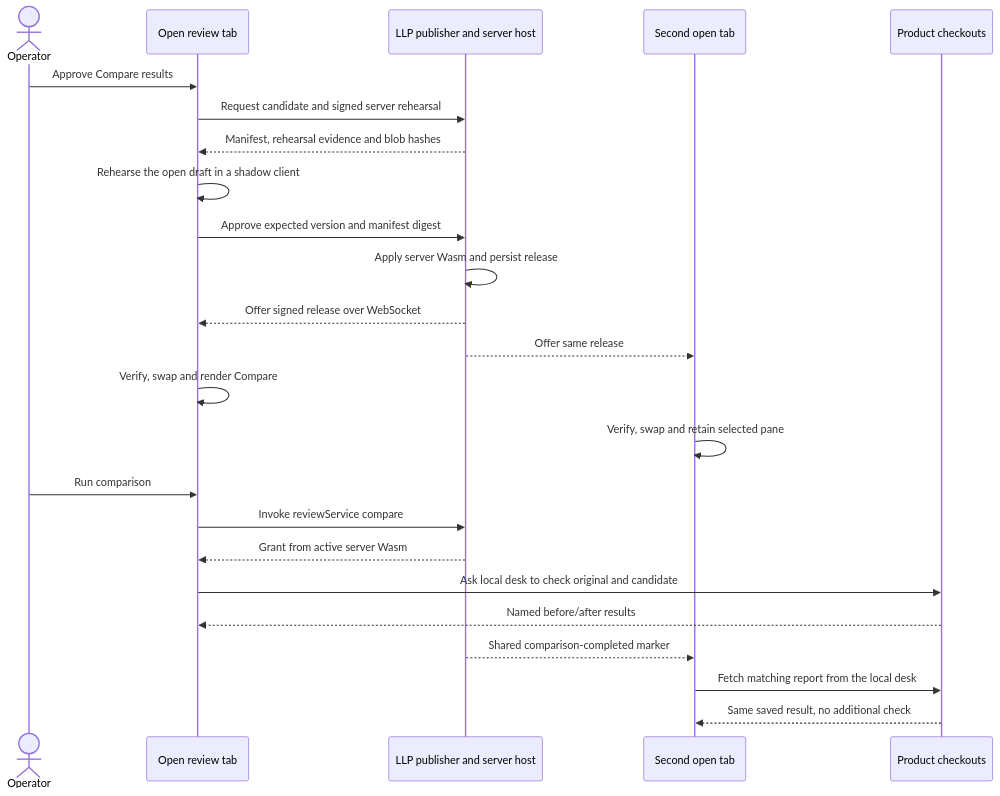
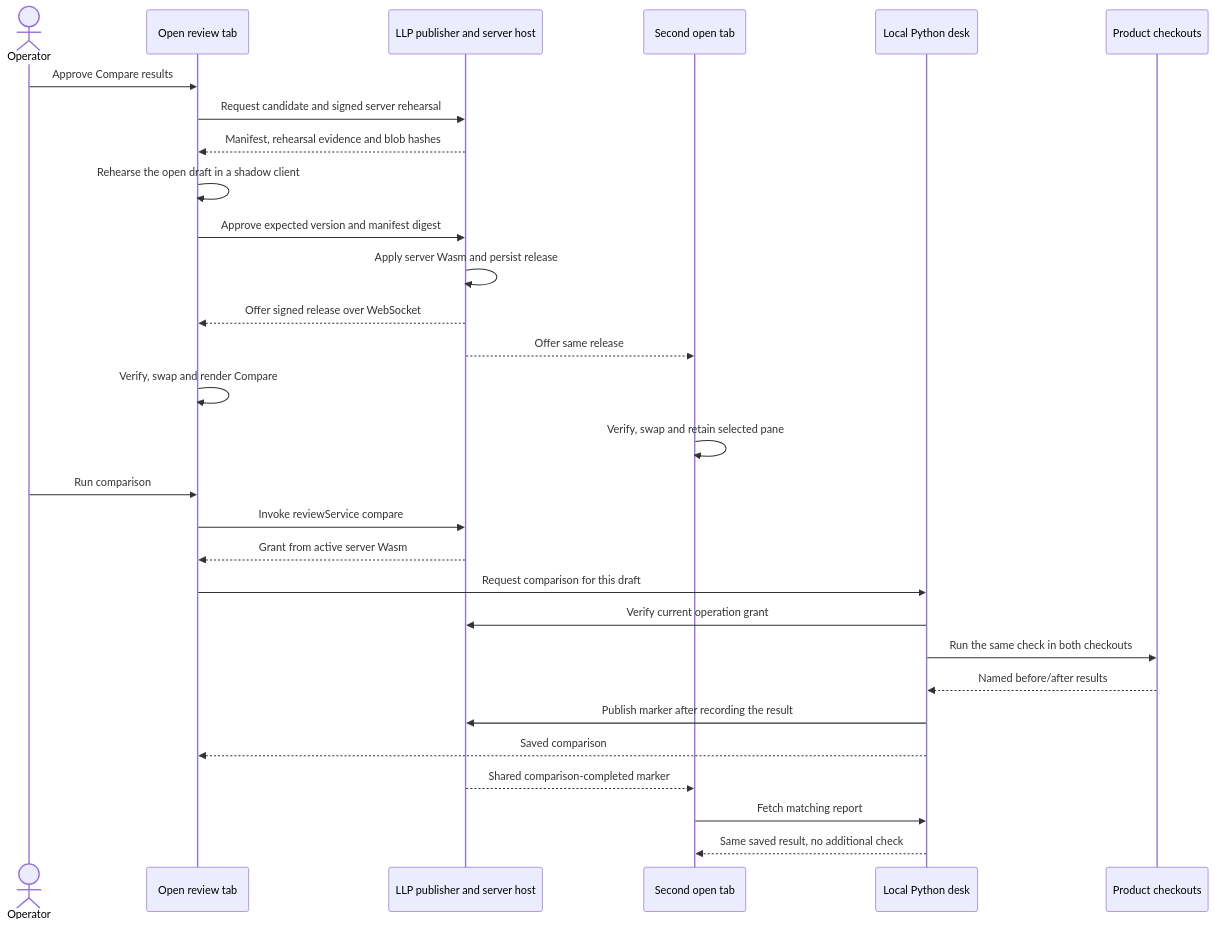
Before and after one commit to marioG1025/morph-factory: the diagram in docs/llp-integration.md, drawn with Mermaid.

Commit message:
docs: trace the comparison and shared notification through the local desk

````diff
--- a/docs/llp-integration.md
+++ b/docs/llp-integration.md
@@ -7,26 +7,31 @@
 ```mermaid
 sequenceDiagram
     actor Operator
     participant Tab as Open review tab
     participant Host as LLP publisher and server host
     participant Peer as Second open tab
+    participant Desk as Local Python desk
     participant Git as Product checkouts
     Operator->>Tab: Approve Compare results
     Tab->>Host: Request candidate and signed server rehearsal
     Host-->>Tab: Manifest, rehearsal evidence and blob hashes
     Tab->>Tab: Rehearse the open draft in a shadow client
     Tab->>Host: Approve expected version and manifest digest
     Host->>Host: Apply server Wasm and persist release
     Host-->>Tab: Offer signed release over WebSocket
     Host-->>Peer: Offer same release
     Tab->>Tab: Verify, swap and render Compare
     Peer->>Peer: Verify, swap and retain selected pane
     Operator->>Tab: Run comparison
     Tab->>Host: Invoke reviewService compare
     Host-->>Tab: Grant from active server Wasm
-    Tab->>Git: Ask local desk to check original and candidate
-    Git-->>Tab: Named before/after results
+    Tab->>Desk: Request comparison for this draft
+    Desk->>Host: Verify current operation grant
+    Desk->>Git: Run the same check in both checkouts
+    Git-->>Desk: Named before/after results
+    Desk->>Host: Publish marker after recording the result
+    Desk-->>Tab: Saved comparison
     Host-->>Peer: Shared comparison-completed marker
-    Peer->>Git: Fetch matching report from the local desk
-    Git-->>Peer: Same saved result, no additional check
+    Peer->>Desk: Fetch matching report
+    Desk-->>Peer: Same saved result, no additional check
 ```
````
